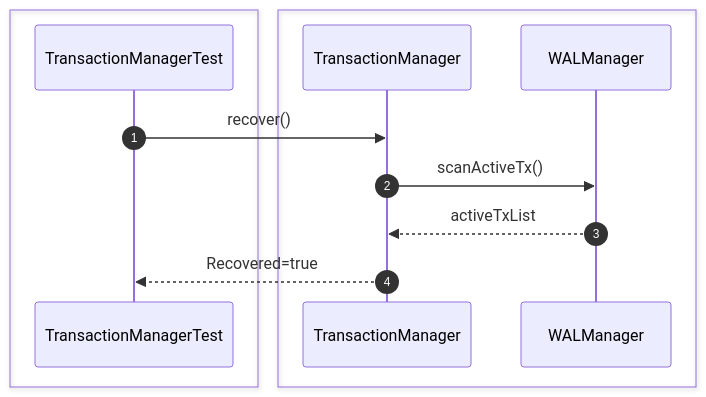
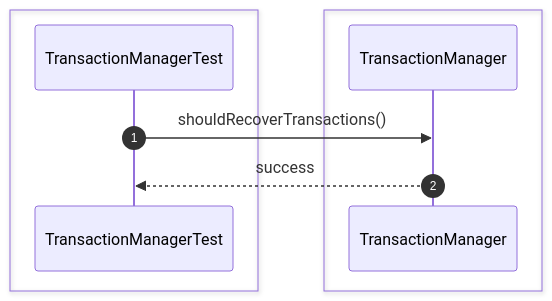
One commit to Huy1801214/dbms-architecture changed the fourth of 54 diagrams in src/sequence/transaction.md. Above: the diagram before and after it, drawn with Mermaid. The commit also changed other lines of this file and 68 other files, not shown here.

Commit message:
implement comprehensive unit test suite and architectural sequence documentation

````diff
--- a/src/sequence/transaction.md
+++ b/src/sequence/transaction.md
@@ -65,17 +51,13 @@
 ```mermaid
 sequenceDiagram
     autonumber
-
     box #e1f5fe Test Suite
     participant Test as TransactionManagerTest
     end
-    box #ffebee Transaction Components
-    participant Manager as TransactionManager
-    participant WAL as WALManager
+    box #ffebee TransactionManager Component
+    participant TM as TransactionManager
     end
 
-    Test->>Manager: recover()
-    Manager->>WAL: scanActiveTx()
-    WAL-->>Manager: activeTxList
-    Manager-->>Test: Recovered=true
+    Test->>TM: shouldRecoverTransactions()
+    TM-->>Test: success
 ```
````
